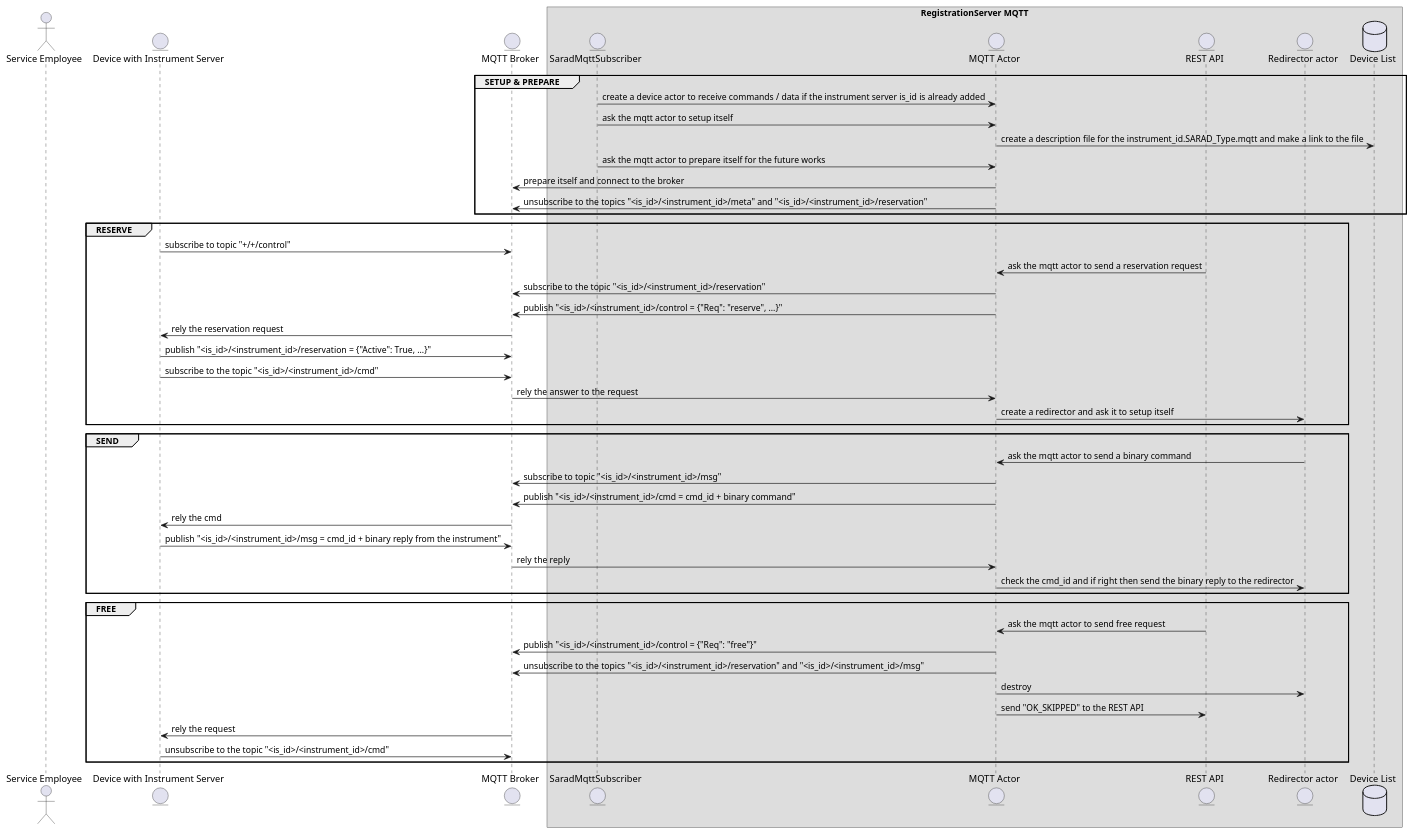
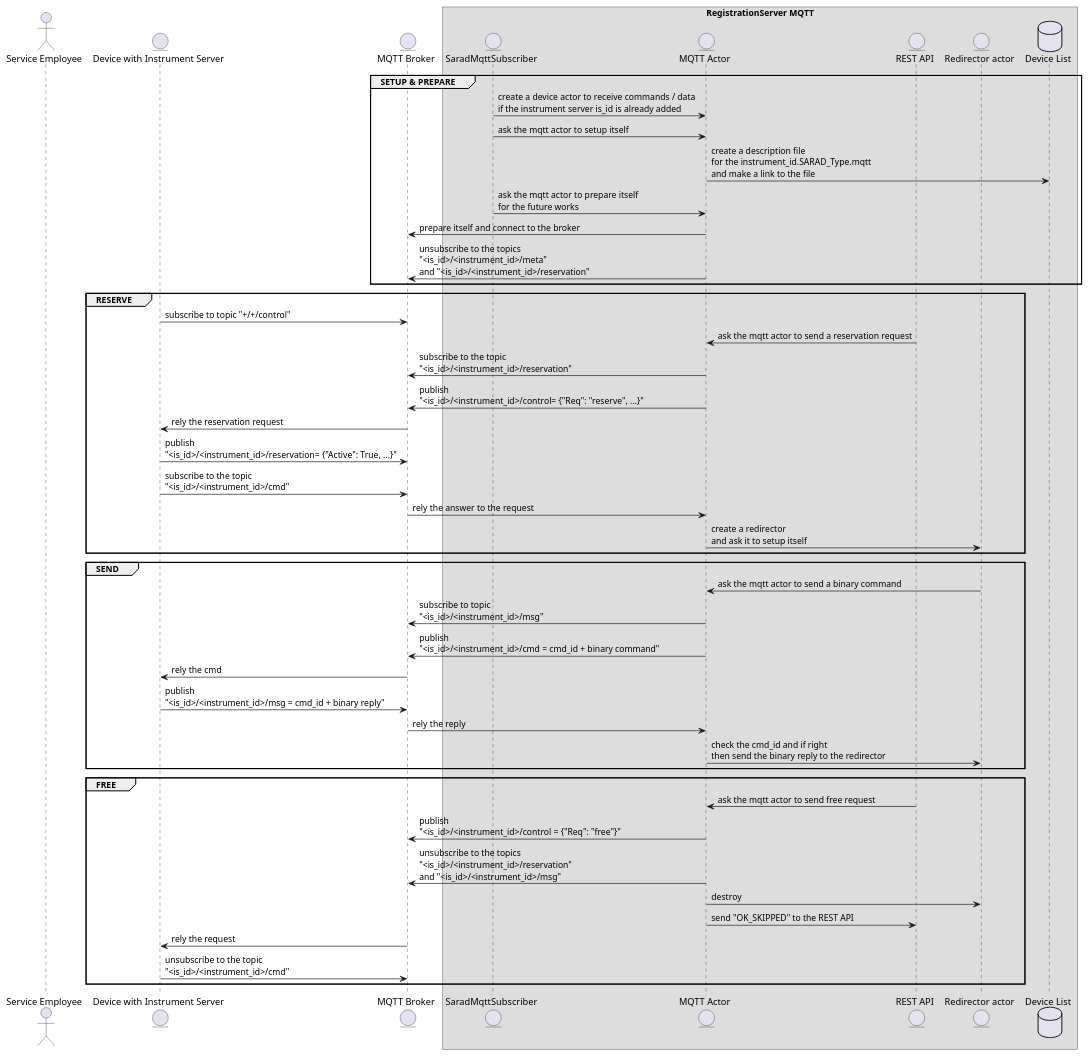
The diagram in doc/source/uml-mqtt_actor.puml (SARAD-GmbH/RegServer), drawn with PlantUML before and after one commit. The commit also changed 7 other files, not shown here.

```diff
--- a/doc/source/uml-mqtt_actor.puml
+++ b/doc/source/uml-mqtt_actor.puml
@@ -1,54 +1,54 @@
 @startuml
 actor "Service Employee" as user
 entity "Device with Instrument Server" as is_mqtt
 entity "MQTT Broker" as broker
 box "RegistrationServer MQTT"
 entity "SaradMqttSubscriber" as subscriber
 entity "MQTT Actor" as mqtt_actor
 entity "REST API" as rest_api
 entity "Redirector actor" as redirector
 database "Device List" as d_list
 end box
 
 group SETUP & PREPARE
-    subscriber -> mqtt_actor : create a device actor to receive commands / data if the instrument server is_id is already added
+    subscriber -> mqtt_actor : create a device actor to receive commands / data\nif the instrument server is_id is already added
     subscriber -> mqtt_actor : ask the mqtt actor to setup itself
-    mqtt_actor -> d_list : create a description file for the instrument_id.SARAD_Type.mqtt and make a link to the file
-    subscriber -> mqtt_actor : ask the mqtt actor to prepare itself for the future works
+    mqtt_actor -> d_list : create a description file\nfor the instrument_id.SARAD_Type.mqtt\nand make a link to the file
+    subscriber -> mqtt_actor : ask the mqtt actor to prepare itself\nfor the future works
     mqtt_actor -> broker : prepare itself and connect to the broker
-    mqtt_actor -> broker : unsubscribe to the topics "<is_id>/<instrument_id>/meta" and "<is_id>/<instrument_id>/reservation"
+    mqtt_actor -> broker : unsubscribe to the topics\n"<is_id>/<instrument_id>/meta"\nand "<is_id>/<instrument_id>/reservation"
 end
 
 group RESERVE
     is_mqtt -> broker : subscribe to topic "+/+/control"
     rest_api -> mqtt_actor : ask the mqtt actor to send a reservation request
-    mqtt_actor -> broker : subscribe to the topic "<is_id>/<instrument_id>/reservation"
-    mqtt_actor -> broker : publish "<is_id>/<instrument_id>/control = {"Req": "reserve", ...}"
+    mqtt_actor -> broker : subscribe to the topic\n"<is_id>/<instrument_id>/reservation"
+    mqtt_actor -> broker : publish\n"<is_id>/<instrument_id>/control= {"Req": "reserve", ...}"
     broker -> is_mqtt : rely the reservation request
-    is_mqtt -> broker : publish "<is_id>/<instrument_id>/reservation = {"Active": True, ...}"
-    is_mqtt -> broker : subscribe to the topic "<is_id>/<instrument_id>/cmd"
+    is_mqtt -> broker : publish\n"<is_id>/<instrument_id>/reservation= {"Active": True, ...}"
+    is_mqtt -> broker : subscribe to the topic\n"<is_id>/<instrument_id>/cmd"
     broker -> mqtt_actor : rely the answer to the request
-    mqtt_actor -> redirector : create a redirector and ask it to setup itself
+    mqtt_actor -> redirector : create a redirector\nand ask it to setup itself
 end
 
 group SEND
     redirector -> mqtt_actor : ask the mqtt actor to send a binary command
-    mqtt_actor -> broker : subscribe to topic "<is_id>/<instrument_id>/msg"
-    mqtt_actor -> broker : publish "<is_id>/<instrument_id>/cmd = cmd_id + binary command"
+    mqtt_actor -> broker : subscribe to topic\n"<is_id>/<instrument_id>/msg"
+    mqtt_actor -> broker : publish\n"<is_id>/<instrument_id>/cmd = cmd_id + binary command"
     broker -> is_mqtt : rely the cmd
-    is_mqtt -> broker : publish "<is_id>/<instrument_id>/msg = cmd_id + binary reply from the instrument"
+    is_mqtt -> broker : publish\n"<is_id>/<instrument_id>/msg = cmd_id + binary reply"
     broker -> mqtt_actor : rely the reply
-    mqtt_actor -> redirector : check the cmd_id and if right then send the binary reply to the redirector
+    mqtt_actor -> redirector : check the cmd_id and if right\nthen send the binary reply to the redirector
 end
 
 group FREE
     rest_api -> mqtt_actor : ask the mqtt actor to send free request
-    mqtt_actor -> broker : publish "<is_id>/<instrument_id>/control = {"Req": "free"}"
-    mqtt_actor -> broker : unsubscribe to the topics "<is_id>/<instrument_id>/reservation" and "<is_id>/<instrument_id>/msg"
+    mqtt_actor -> broker : publish\n"<is_id>/<instrument_id>/control = {"Req": "free"}"
+    mqtt_actor -> broker : unsubscribe to the topics\n"<is_id>/<instrument_id>/reservation"\nand "<is_id>/<instrument_id>/msg"
     mqtt_actor -> redirector : destroy
     mqtt_actor -> rest_api : send "OK_SKIPPED" to the REST API
     broker -> is_mqtt : rely the request
-    is_mqtt -> broker : unsubscribe to the topic "<is_id>/<instrument_id>/cmd"
+    is_mqtt -> broker : unsubscribe to the topic\n"<is_id>/<instrument_id>/cmd"
 end
 
 @enduml
```
